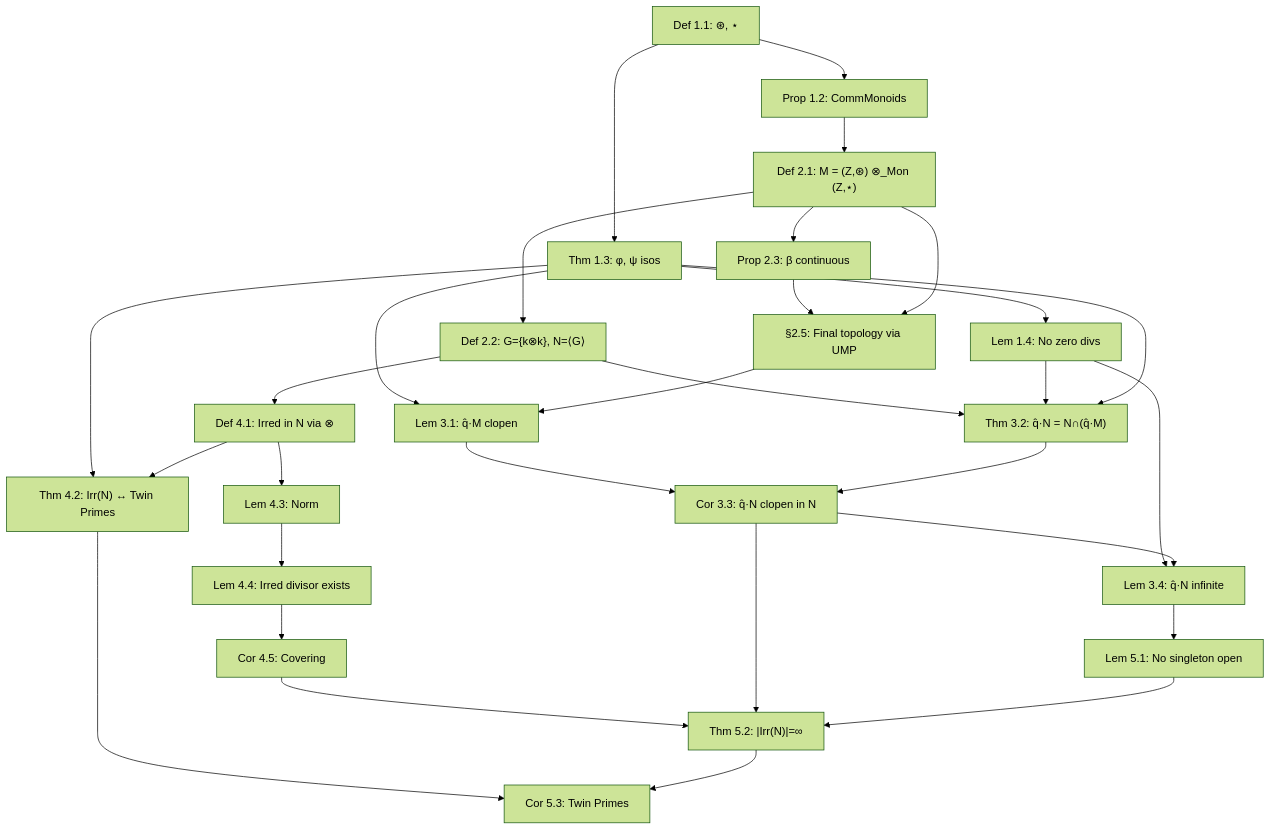
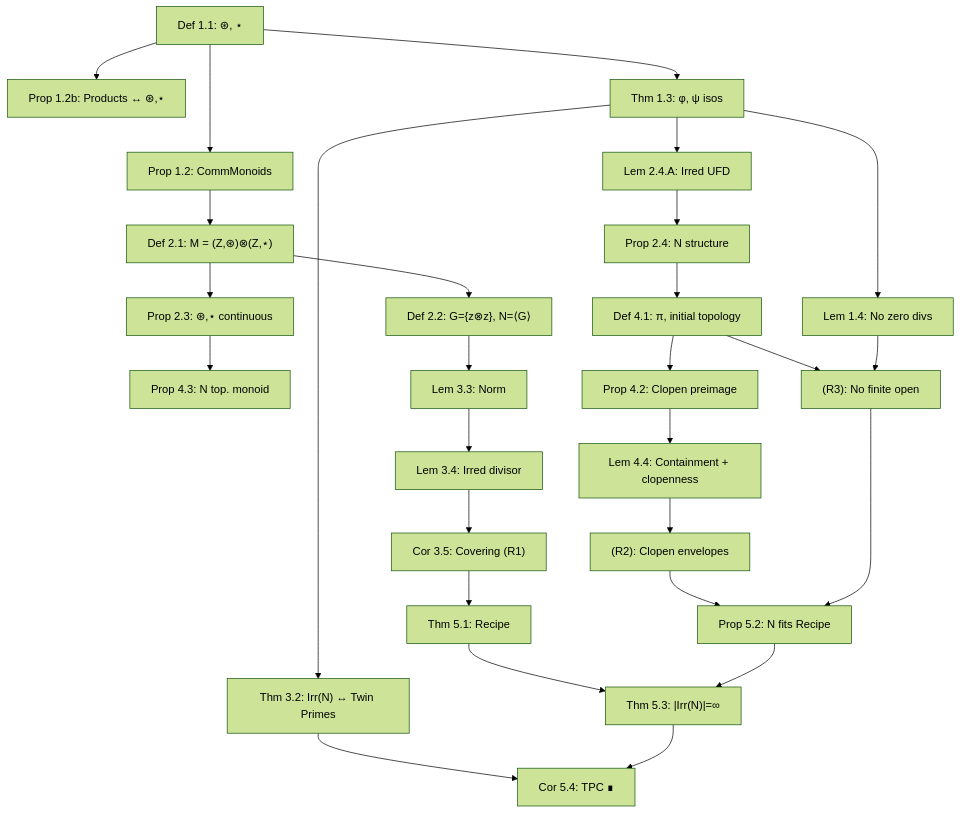
One commit to FruitfulApproach/Lean4TPC changed the diagram in PAPER.md. Above: the diagram before and after it, drawn with Mermaid (forest theme). The commit also changed other lines of this file and 4 other files, not shown here.

````diff
--- a/PAPER.md
+++ b/PAPER.md
@@ -251,32 +198,30 @@
 ```mermaid
 graph TD
     D11["Def 1.1: ⊛, ⋆"] --> P12["Prop 1.2: CommMonoids"]
+    D11 --> P12b["Prop 1.2b: Products ↔ ⊛,⋆"]
     D11 --> T13["Thm 1.3: φ, ψ isos"]
     T13 --> L14["Lem 1.4: No zero divs"]
-    P12 --> D21["Def 2.1: M = (Z,⊛) ⊗_Mon (Z,⋆)"]
-    D21 --> D22["Def 2.2: G={k⊗k}, N=⟨G⟩"]
-    D21 --> P23["Prop 2.3: β continuous"]
-    P23 --> S25["§2.5: Final topology via UMP"]
-    D21 --> S25
-    T13 --> L31["Lem 3.1: q̂·M clopen"]
-    S25 --> L31
-    D22 --> T32["Thm 3.2: q̂·N = N∩(q̂·M)"]
-    L14 --> T32
-    T13 --> T32
-    L31 --> C33["Cor 3.3: q̂·N clopen in N"]
-    T32 --> C33
-    L14 --> L34["Lem 3.4: q̂·N infinite"]
-    C33 --> L34
-    D22 --> D41["Def 4.1: Irred in N via ⊗"]
-    T13 --> T42["Thm 4.2: Irr(N) ↔ Twin Primes"]
-    D41 --> T42
-    D41 --> L43["Lem 4.3: Norm"]
-    L43 --> L44["Lem 4.4: Irred divisor exists"]
-    L44 --> C45["Cor 4.5: Covering"]
-    L34 --> L51["Lem 5.1: No singleton open"]
-    C45 --> T52["Thm 5.2: |Irr(N)|=∞"]
-    C33 --> T52
-    L51 --> T52
-    T42 --> C53["Cor 5.3: Twin Primes"]
-    T52 --> C53
+    P12 --> D21["Def 2.1: M = (Z,⊛)⊗(Z,⋆)"]
+    D21 --> D22["Def 2.2: G={z⊗z}, N=⟨G⟩"]
+    T13 --> L24["Lem 2.4.A: Irred UFD"]
+    L24 --> P24["Prop 2.4: N structure"]
+    P24 --> D41["Def 4.1: π, initial topology"]
+    D21 --> P23["Prop 2.3: ⊛,⋆ continuous"]
+    P23 --> P43["Prop 4.3: N top. monoid"]
+    D41 --> P42["Prop 4.2: Clopen preimage"]
+    P42 --> L44["Lem 4.4: Containment + clopenness"]
+    T13 --> T32["Thm 3.2: Irr(N) ↔ Twin Primes"]
+    D22 --> L33["Lem 3.3: Norm"]
+    L33 --> L34["Lem 3.4: Irred divisor"]
+    L34 --> C35["Cor 3.5: Covering (R1)"]
+    L44 --> R2["(R2): Clopen envelopes"]
+    D41 --> R3["(R3): No finite open"]
+    L14 --> R3
+    C35 --> T51["Thm 5.1: Recipe"]
+    R2 --> P52["Prop 5.2: N fits Recipe"]
+    R3 --> P52
+    T51 --> T53["Thm 5.3: |Irr(N)|=∞"]
+    P52 --> T53
+    T32 --> C54["Cor 5.4: TPC ∎"]
+    T53 --> C54
 ```
````
